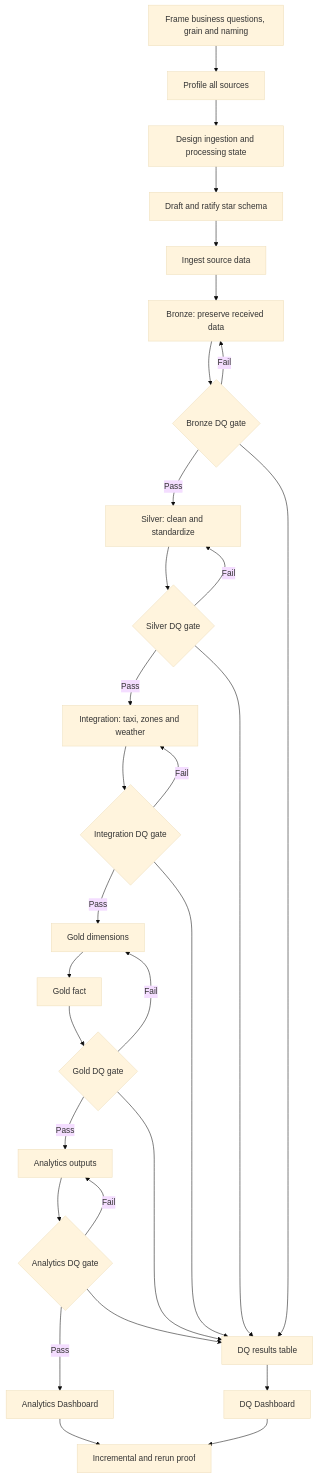
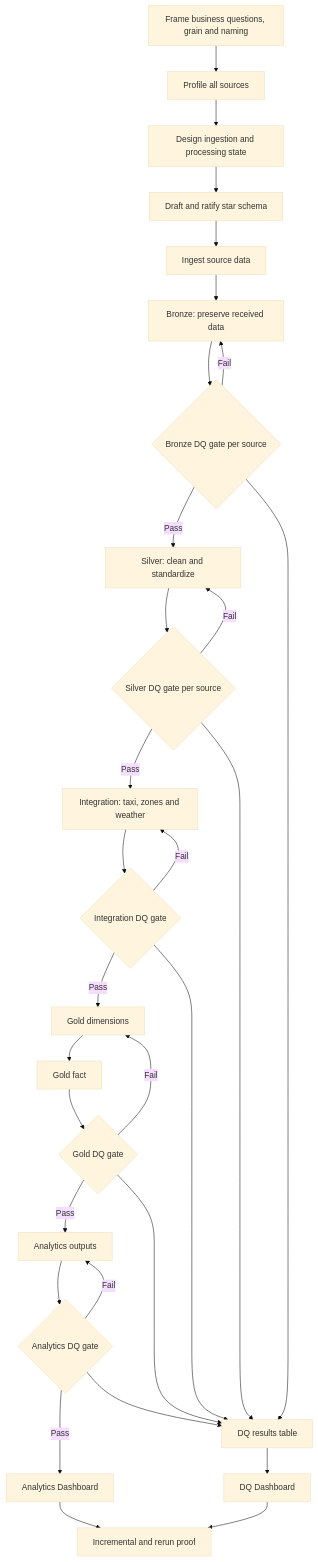
The diagram in README.md (gabstorres/nyc-mobility-production), drawn with Mermaid (base theme) before and after one commit. The commit also changed other lines of this file and 9 other files, not shown here.

First line of the commit message:
Document per-source validation gates and remove source-profile folder references

````diff
--- a/README.md
+++ b/README.md
@@ -6,34 +6,34 @@
 ```mermaid
 flowchart TD
     A[Frame business questions, grain and naming] --> B[Profile all sources]
     B --> C[Design ingestion and processing state]
     C --> D[Draft and ratify star schema]
     D --> E[Ingest source data]
     E --> F[Bronze: preserve received data]
-    F --> G{Bronze DQ gate}
+    F --> G{Bronze DQ gate per source}
     G -- Fail --> F
     G -- Pass --> H[Silver: clean and standardize]
-    H --> I{Silver DQ gate}
+    H --> I{Silver DQ gate per source}
     I -- Fail --> H
     I -- Pass --> J[Integration: taxi, zones and weather]
     J --> K{Integration DQ gate}
     K -- Fail --> J
     K -- Pass --> L[Gold dimensions]
     L --> M[Gold fact]
     M --> N{Gold DQ gate}
     N -- Fail --> L
     N -- Pass --> O[Analytics outputs]
     O --> P{Analytics DQ gate}
     P -- Fail --> O
     P -- Pass --> Q[Analytics Dashboard]
 
     G --> R[DQ results table]
     I --> R
     K --> R
     N --> R
     P --> R
     R --> S[DQ Dashboard]
 
     Q --> T[Incremental and rerun proof]
     S --> T
 ```
````
